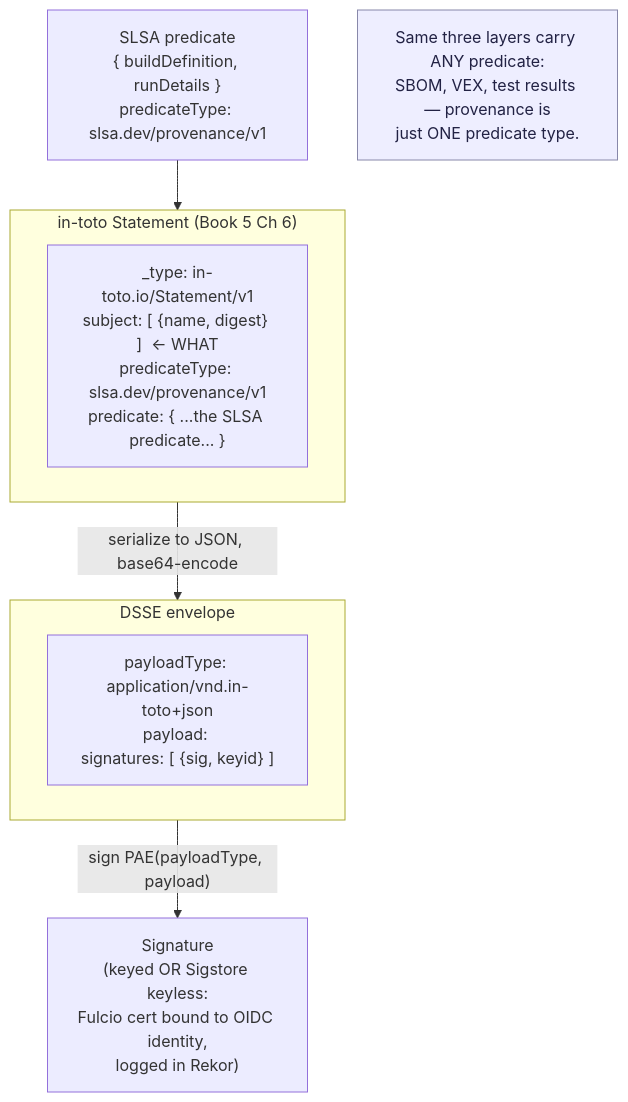
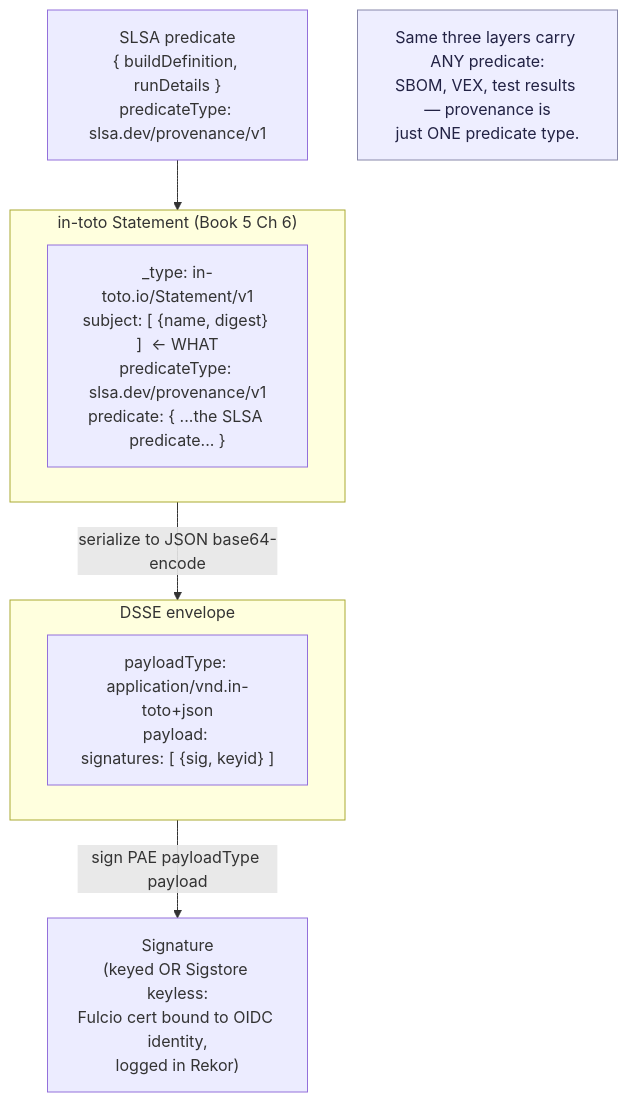
Before and after one commit to bumbsclaw/textbooks: the second of 7 diagrams in book-04-build-cicd/ch03-slsa-provenance.md, drawn with Mermaid. The commit also changed 173 other files, not shown here.

First line of the commit message:
fix(mermaid): close note brackets, semicolons in Notes, stateDiagram br -> dash, edge parens

````diff
--- a/book-04-build-cicd/ch03-slsa-provenance.md
+++ b/book-04-build-cicd/ch03-slsa-provenance.md
@@ -212,16 +212,16 @@
 ```mermaid
 flowchart TD
   P["SLSA predicate\n{ buildDefinition, runDetails }\npredicateType: slsa.dev/provenance/v1"]
   P --> S
   subgraph S["in-toto Statement (Book 5 Ch 6)"]
     ST["_type: in-toto.io/Statement/v1\nsubject: [ {name, digest} ]  ← WHAT\npredicateType: slsa.dev/provenance/v1\npredicate: { ...the SLSA predicate... }"]
   end
-  S -->|"serialize to JSON, base64-encode"| D
+  S -->|"serialize to JSON base64-encode"| D
   subgraph D["DSSE envelope"]
     DE["payloadType: application/vnd.in-toto+json\npayload: <base64 Statement>\nsignatures: [ {sig, keyid} ]"]
   end
-  D -->|"sign PAE(payloadType, payload)"| SIG["Signature\n(keyed OR Sigstore keyless:\nFulcio cert bound to OIDC identity,\nlogged in Rekor)"]
+  D -->|"sign PAE payloadType payload "| SIG["Signature\n(keyed OR Sigstore keyless:\nFulcio cert bound to OIDC identity,\nlogged in Rekor)"]
 
   Note["Same three layers carry ANY predicate:\nSBOM, VEX, test results — provenance is\njust ONE predicate type."]:::note
   classDef note fill:#eef,stroke:#88a,color:#224;
 ```
````
